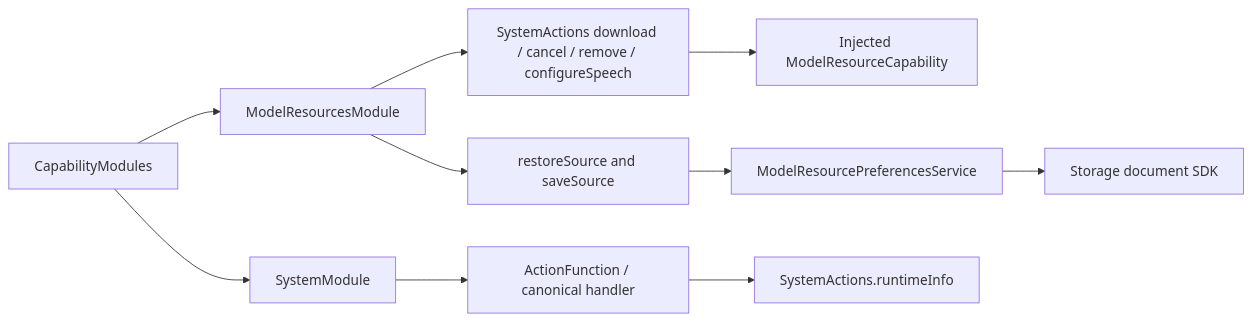
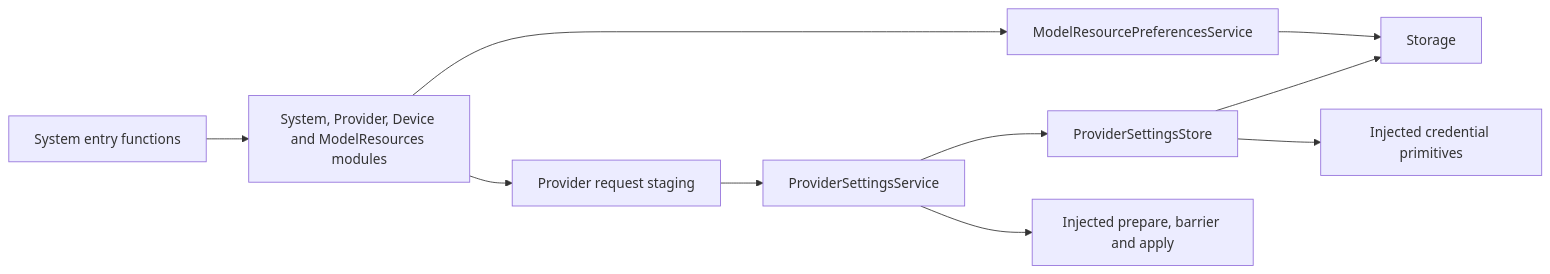
One commit to devilyouwei/MobileHarness changed the diagram in MobileHarness/Actions/System/Support/README.md. Above: the diagram before and after it, drawn with Mermaid. The commit also changed other lines of this file and 116 other files, not shown here.

````diff
--- a/MobileHarness/Actions/System/Support/README.md
+++ b/MobileHarness/Actions/System/Support/README.md
@@ -7,12 +15,12 @@
 ```mermaid
 flowchart LR
-    Catalog[CapabilityModules] --> Module[SystemModule]
-    Catalog --> Resources[ModelResourcesModule]
-    Resources --> Commands[SystemActions download / cancel / remove / configureSpeech]
-    Commands --> Capability[Injected ModelResourceCapability]
-    Resources --> Source[restoreSource and saveSource]
-    Source --> Preferences[ModelResourcePreferencesService]
-    Preferences --> Store[Storage document SDK]
-    Module --> Function[ActionFunction / canonical handler]
-    Function --> Entry[SystemActions.runtimeInfo]
+ Entries[System entry functions] --> Modules[System, Provider, Device and ModelResources modules]
+ Modules --> Preferences[ModelResourcePreferencesService]
+ Modules --> Requests[Provider request staging]
+ Requests --> Transaction[ProviderSettingsService]
+ Preferences --> Storage
+ Transaction --> Store[ProviderSettingsStore]
+ Store --> Storage
+ Store --> Keys[Injected credential primitives]
+ Transaction --> Native[Injected prepare, barrier and apply]
 ```
````
